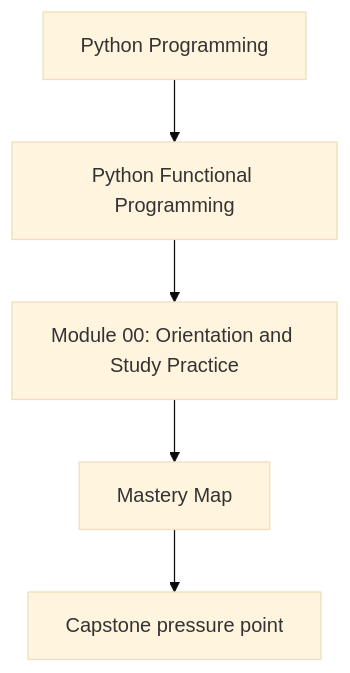
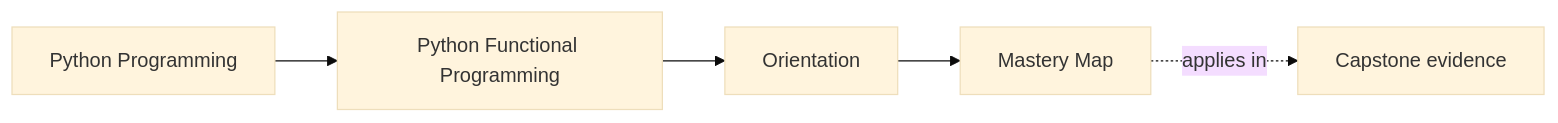
One commit to bijux/bijux-masterclass changed the first of 2 diagrams in programs/python-programming/python-functional-programming/course-book/module-00-orientation/mastery-map.md. Above: the diagram before and after it, drawn with Mermaid (base theme). The commit also changed other lines of this file and 73 other files, not shown here.

Commit message:
docs(python-functional-programming): map orientation through streaming foundations

````diff
--- a/programs/python-programming/python-functional-programming/course-book/module-00-orientation/mastery-map.md
+++ b/programs/python-programming/python-functional-programming/course-book/module-00-orientation/mastery-map.md
@@ -6,7 +6,11 @@
 ```mermaid
-flowchart TD
-  family["Python Programming"] --> program["Python Functional Programming"]
-  program --> module["Module 00: Orientation and Study Practice"]
-  module --> concept["Mastery Map"]
-  concept --> capstone["Capstone pressure point"]
+graph LR
+  family["Python Programming"]
+  program["Python Functional Programming"]
+  section["Orientation"]
+  page["Mastery Map"]
+  capstone["Capstone evidence"]
+
+  family --> program --> section --> page
+  page -.applies in.-> capstone
 ```
````
